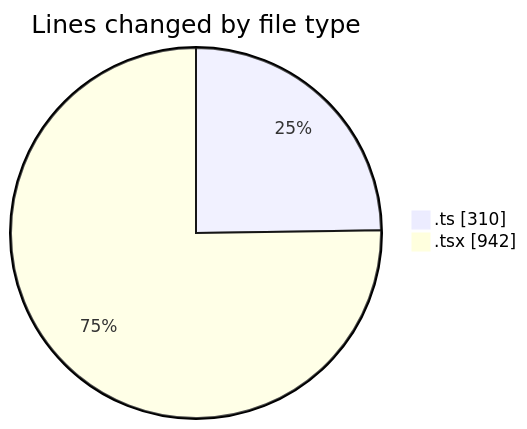
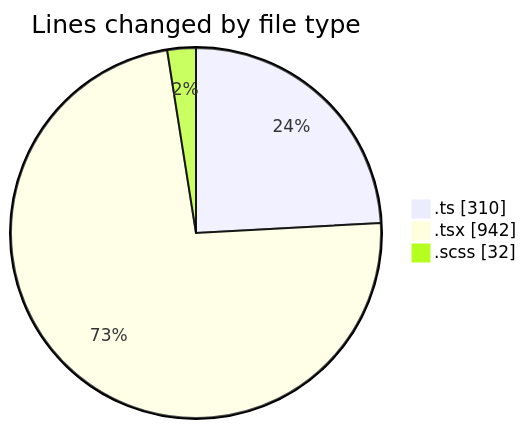
The first of 2 diagrams in 2026-09-09/cda/README.md (momahboobian/code-tracking), drawn with Mermaid before and after one commit. The commit also changed other lines of this file and 1 other file, not shown here.

````diff
--- a/2026-09-09/cda/README.md
+++ b/2026-09-09/cda/README.md
@@ -30,6 +31,7 @@
 ```mermaid
 pie showData
 title Lines changed by file type
 ".ts" : 310
 ".tsx" : 942
+".scss" : 32
 ```
````
